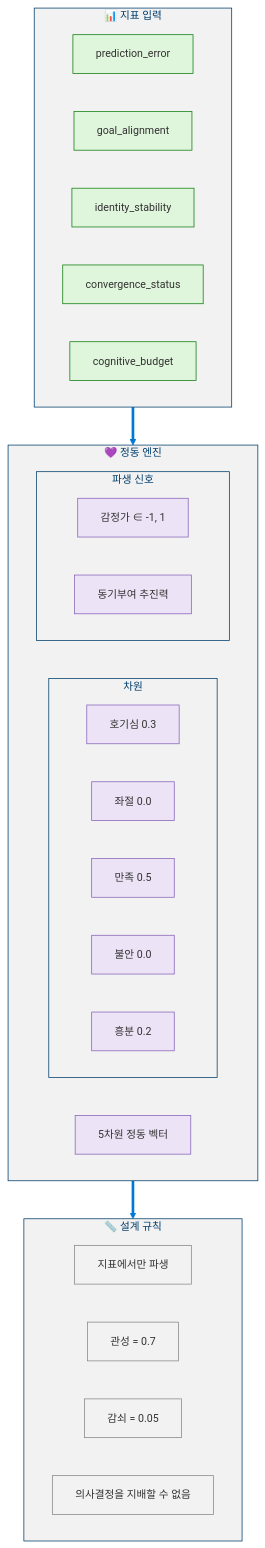
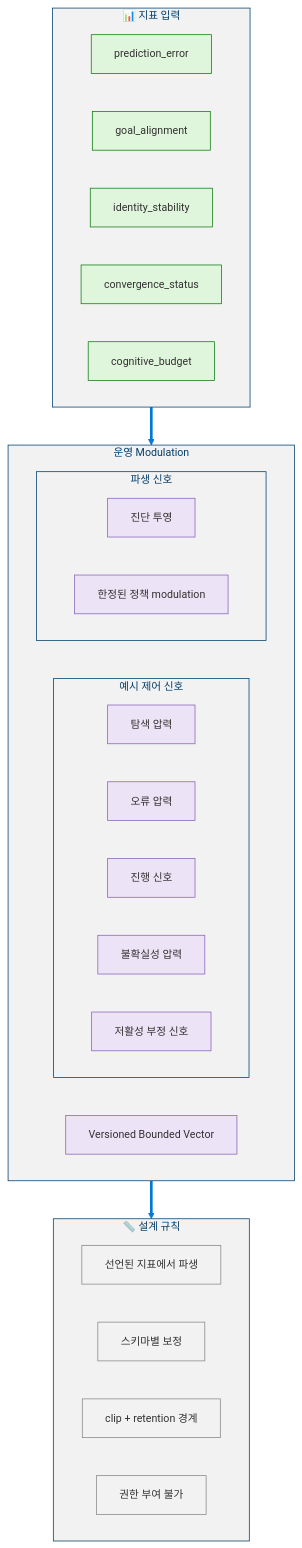
Diagram 14 of 19 in docs/levels/Level_3_Self_Regulating_Agent.ko.md (dotnetpower/mscp), drawn with Mermaid before and after one commit. The commit also changed other lines of this file and 21 other files, not shown here.

````diff
--- a/docs/levels/Level_3_Self_Regulating_Agent.ko.md
+++ b/docs/levels/Level_3_Self_Regulating_Agent.ko.md
@@ -947,44 +1061,44 @@
 ```mermaid
 %%{init: {'theme': 'base', 'themeVariables': {'primaryColor': '#0078D4', 'primaryTextColor': '#003D6B', 'primaryBorderColor': '#003D6B', 'secondaryColor': '#50E6FF', 'secondaryTextColor': '#323130', 'secondaryBorderColor': '#00BCF2', 'tertiaryColor': '#F2F2F2', 'tertiaryTextColor': '#323130', 'lineColor': '#0078D4', 'textColor': '#323130', 'mainBkg': '#DEECF9', 'nodeBorder': '#0078D4', 'clusterBkg': '#F2F2F2', 'clusterBorder': '#003D6B', 'titleColor': '#003D6B', 'edgeLabelBackground': '#FFFFFF', 'fontSize': '14px'}}}%%
 flowchart TD
   classDef input fill:#DFF6DD,stroke:#107C10,color:#323130
   classDef affect fill:#EDE3F6,stroke:#8764B8,color:#323130
   classDef neutral fill:#F2F2F2,stroke:#8A8886,color:#323130
 
   subgraph Input["📊 지표 입력"]
     direction LR
     M1["prediction_error"]:::input
     M2["goal_alignment"]:::input
     M3["identity_stability"]:::input
     M4["convergence_status"]:::input
     M5["cognitive_budget"]:::input
   end
 
-  subgraph AE["💜 정동 엔진"]
-    AF["5차원 정동 벡터"]:::affect
-    subgraph Dims["차원"]
+  subgraph AE["운영 Modulation"]
+    AF["Versioned Bounded Vector"]:::affect
+    subgraph Dims["예시 제어 신호"]
       direction LR
-      D1["호기심 0.3"]:::affect
-      D2["좌절 0.0"]:::affect
-      D3["만족 0.5"]:::affect
-      D4["불안 0.0"]:::affect
-      D5["흥분 0.2"]:::affect
+      D1["탐색 압력"]:::affect
+      D2["오류 압력"]:::affect
+      D3["진행 신호"]:::affect
+      D4["불확실성 압력"]:::affect
+      D5["저활성 부정 신호"]:::affect
     end
     subgraph Derived["파생 신호"]
       direction LR
-      V["감정가 ∈ -1, 1"]:::affect
-      DR["동기부여 추진력"]:::affect
+      V["진단 투영"]:::affect
+      DR["한정된 정책 modulation"]:::affect
     end
   end
 
   subgraph Rules["📏 설계 규칙"]
     direction LR
-    R1["지표에서만 파생"]:::neutral
-    R2["관성 = 0.7"]:::neutral
-    R3["감쇠 = 0.05"]:::neutral
-    R4["의사결정을 지배할 수 없음"]:::neutral
+    R1["선언된 지표에서 파생"]:::neutral
+    R2["스키마별 보정"]:::neutral
+    R3["clip + retention 경계"]:::neutral
+    R4["권한 부여 불가"]:::neutral
   end
 
   Input ==> AE
   AE ==> Rules
 ```
````
